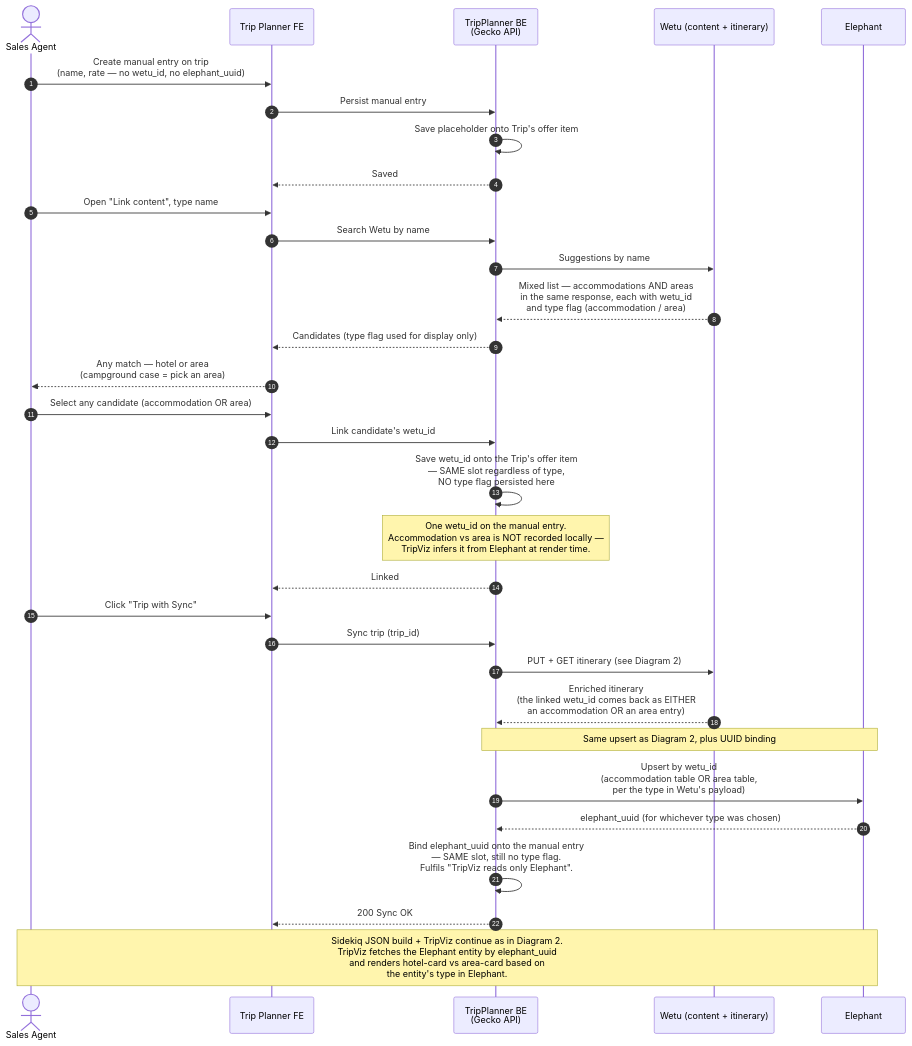
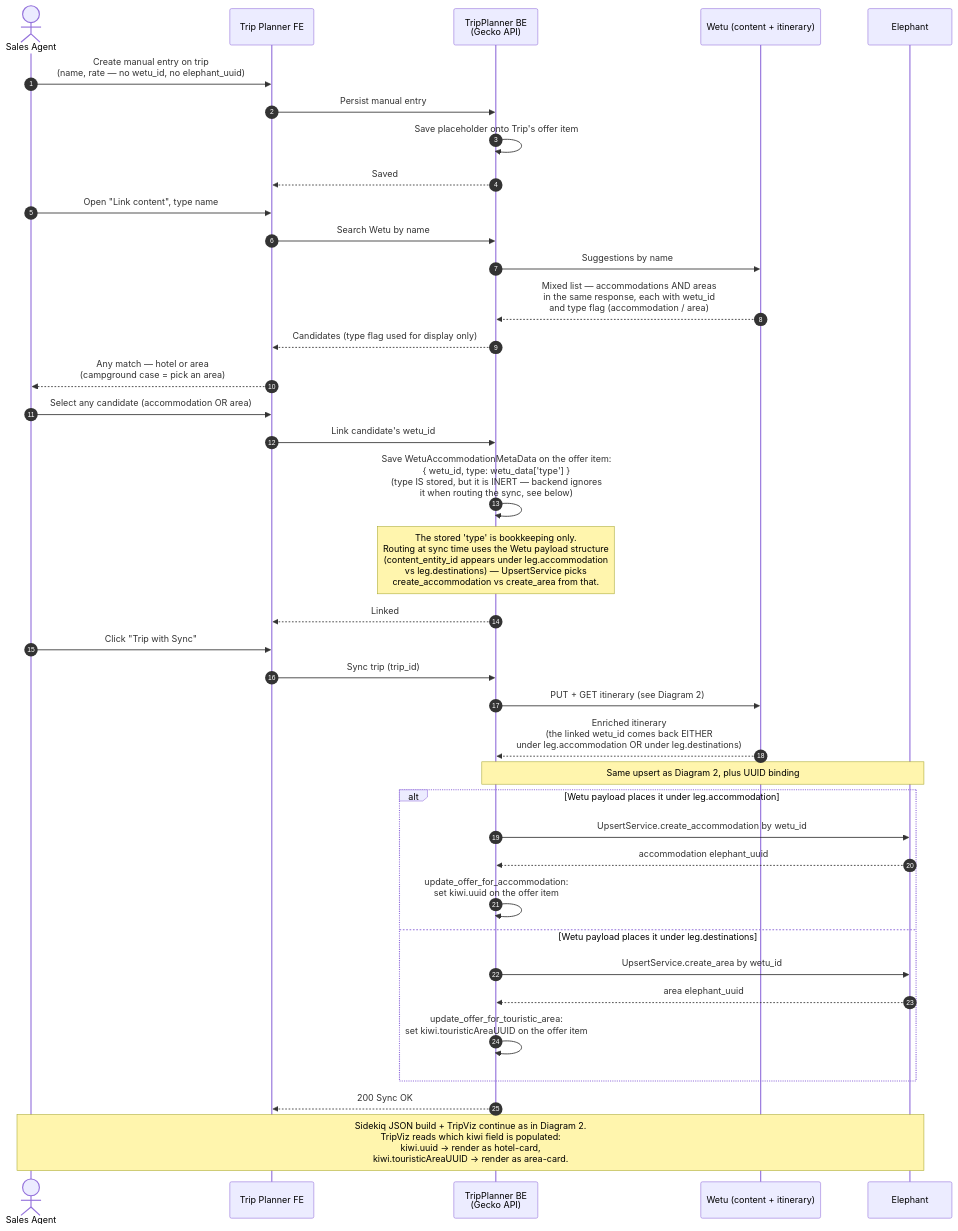
The fourth of 5 diagrams in OUTPUTS/2026-04-24_TripPlannerWetu-sequence-diagrams/TripPlannerWetu_Documentation.md (kliuchnikau-tourlane/ClaudeCowork), drawn with Mermaid before and after one commit. The commit also changed other lines of this file, not shown here.

````diff
--- a/OUTPUTS/2026-04-24_TripPlannerWetu-sequence-diagrams/TripPlannerWetu_Documentation.md
+++ b/OUTPUTS/2026-04-24_TripPlannerWetu-sequence-diagrams/TripPlannerWetu_Documentation.md
@@ -195,40 +198,46 @@
 ```mermaid
 sequenceDiagram
     autonumber
     actor Agent as Sales Agent
     participant TP as Trip Planner FE
     participant BE as TripPlanner BE<br/>(Gecko API)
     participant Wetu as Wetu (content + itinerary)
     participant Eleph as Elephant
 
     Agent->>TP: Create manual entry on trip<br/>(name, rate — no wetu_id, no elephant_uuid)
     TP->>BE: Persist manual entry
     BE->>BE: Save placeholder onto Trip's offer item
     BE-->>TP: Saved
 
     Agent->>TP: Open "Link content", type name
     TP->>BE: Search Wetu by name
     BE->>Wetu: Suggestions by name
     Wetu-->>BE: Mixed list — accommodations AND areas<br/>in the same response, each with wetu_id<br/>and type flag (accommodation / area)
     BE-->>TP: Candidates (type flag used for display only)
     TP-->>Agent: Any match — hotel or area<br/>(campground case = pick an area)
 
     Agent->>TP: Select any candidate (accommodation OR area)
     TP->>BE: Link candidate's wetu_id
-    BE->>BE: Save wetu_id onto the Trip's offer item<br/>— SAME slot regardless of type,<br/>NO type flag persisted here
-    Note over BE: One wetu_id on the manual entry.<br/>Accommodation vs area is NOT recorded locally —<br/>TripViz infers it from Elephant at render time.
+    BE->>BE: Save WetuAccommodationMetaData on the offer item:<br/>{ wetu_id, type: wetu_data['type'] }<br/>(type IS stored, but it is INERT — backend ignores<br/>it when routing the sync, see below)
+    Note over BE: The stored 'type' is bookkeeping only.<br/>Routing at sync time uses the Wetu payload structure<br/>(content_entity_id appears under leg.accommodation<br/>vs leg.destinations) — UpsertService picks<br/>create_accommodation vs create_area from that.
     BE-->>TP: Linked
 
     Agent->>TP: Click "Trip with Sync"
     TP->>BE: Sync trip (trip_id)
     BE->>Wetu: PUT + GET itinerary (see Diagram 2)
-    Wetu-->>BE: Enriched itinerary<br/>(the linked wetu_id comes back as EITHER<br/>an accommodation OR an area entry)
+    Wetu-->>BE: Enriched itinerary<br/>(the linked wetu_id comes back EITHER<br/>under leg.accommodation OR under leg.destinations)
 
     Note over BE,Eleph: Same upsert as Diagram 2, plus UUID binding
-    BE->>Eleph: Upsert by wetu_id<br/>(accommodation table OR area table,<br/>per the type in Wetu's payload)
-    Eleph-->>BE: elephant_uuid (for whichever type was chosen)
-    BE->>BE: Bind elephant_uuid onto the manual entry<br/>— SAME slot, still no type flag.<br/>Fulfils "TripViz reads only Elephant".
+    alt Wetu payload places it under leg.accommodation
+        BE->>Eleph: UpsertService.create_accommodation by wetu_id
+        Eleph-->>BE: accommodation elephant_uuid
+        BE->>BE: update_offer_for_accommodation:<br/>set kiwi.uuid on the offer item
+    else Wetu payload places it under leg.destinations
+        BE->>Eleph: UpsertService.create_area by wetu_id
+        Eleph-->>BE: area elephant_uuid
+        BE->>BE: update_offer_for_touristic_area:<br/>set kiwi.touristicAreaUUID on the offer item
+    end
     BE-->>TP: 200 Sync OK
 
-    Note over Agent,Eleph: Sidekiq JSON build + TripViz continue as in Diagram 2.<br/>TripViz fetches the Elephant entity by elephant_uuid<br/>and renders hotel-card vs area-card based on<br/>the entity's type in Elephant.
+    Note over Agent,Eleph: Sidekiq JSON build + TripViz continue as in Diagram 2.<br/>TripViz reads which kiwi field is populated:<br/>kiwi.uuid → render as hotel-card,<br/>kiwi.touristicAreaUUID → render as area-card.
 ```
````
